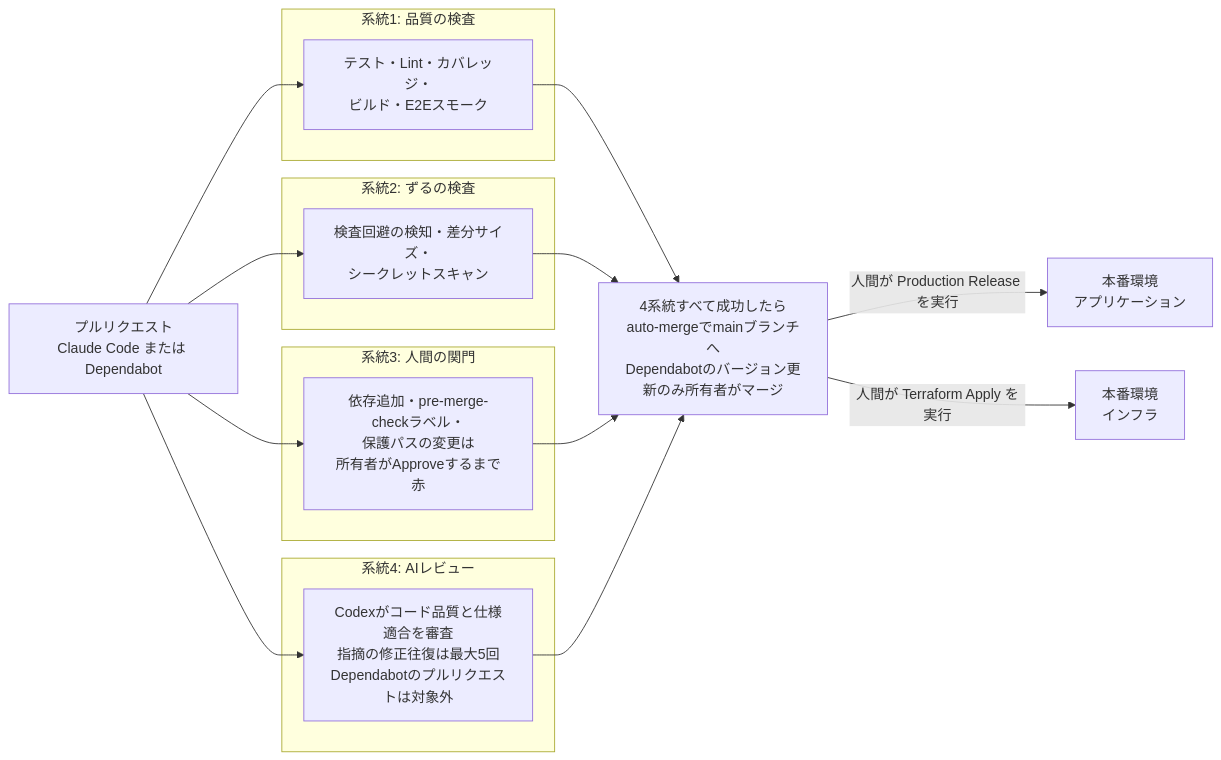
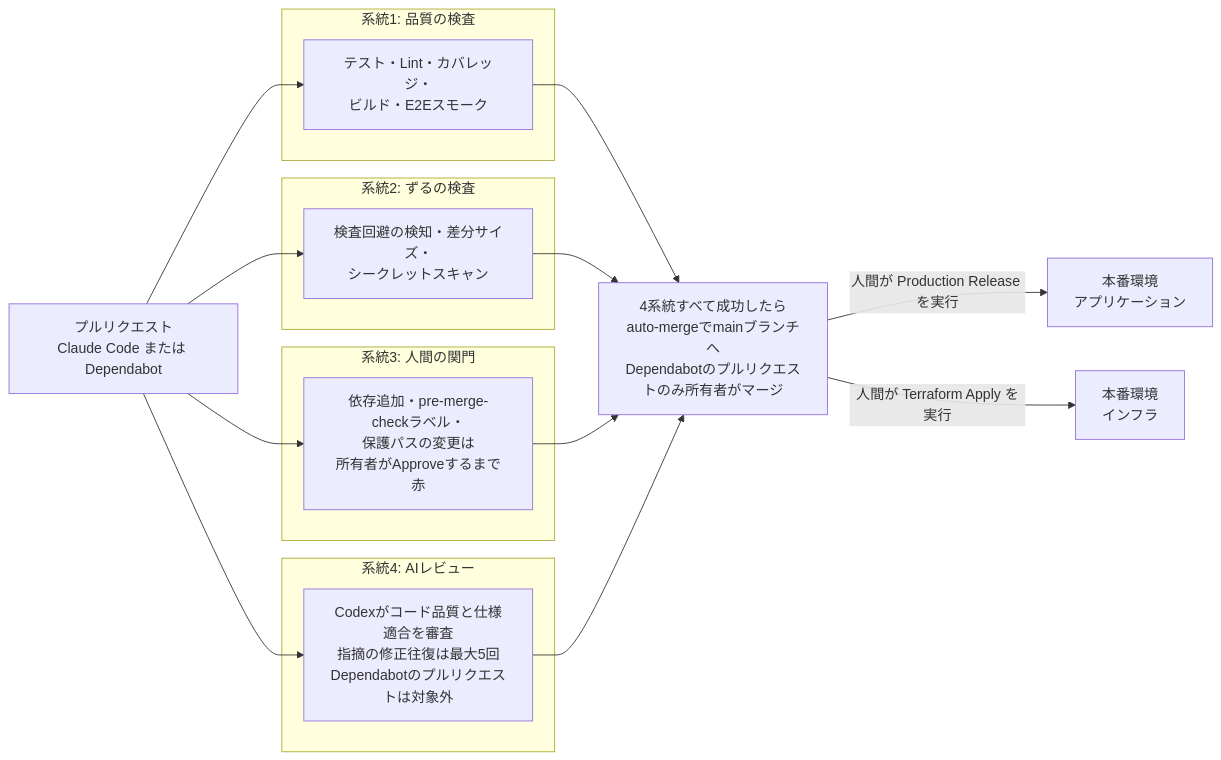
Before and after one commit to DogisRiki/KeirekiPro: the first of 2 diagrams in README.md, drawn with Mermaid. The commit also changed other lines of this file and 3 other files, not shown here.

````diff
--- a/README.md
+++ b/README.md
@@ -53,27 +53,27 @@
 ```mermaid
 flowchart LR
     PR[プルリクエスト<br>Claude Code または Dependabot]
 
     subgraph s1[系統1: 品質の検査]
         Q[テスト・Lint・カバレッジ・<br>ビルド・E2Eスモーク]
     end
     subgraph s2[系統2: ずるの検査]
         Z[検査回避の検知・差分サイズ・<br>シークレットスキャン]
     end
     subgraph s3[系統3: 人間の関門]
         H[依存追加・pre-merge-checkラベル・<br>保護パスの変更は<br>所有者がApproveするまで赤]
     end
     subgraph s4[系統4: AIレビュー]
         A[Codexがコード品質と仕様適合を審査<br>指摘の修正往復は最大5回<br>Dependabotのプルリクエストは対象外]
     end
 
     PR --> Q
     PR --> Z
     PR --> H
     PR --> A
 
-    Q & Z & H & A --> M[4系統すべて成功したら<br>auto-mergeでmainブランチへ<br>Dependabotのバージョン更新のみ所有者がマージ]
+    Q & Z & H & A --> M[4系統すべて成功したら<br>auto-mergeでmainブランチへ<br>Dependabotのプルリクエストのみ所有者がマージ]
 
     M -->|人間が Production Release を実行| App[本番環境<br>アプリケーション]
     M -->|人間が Terraform Apply を実行| Infra[本番環境<br>インフラ]
 ```
````
